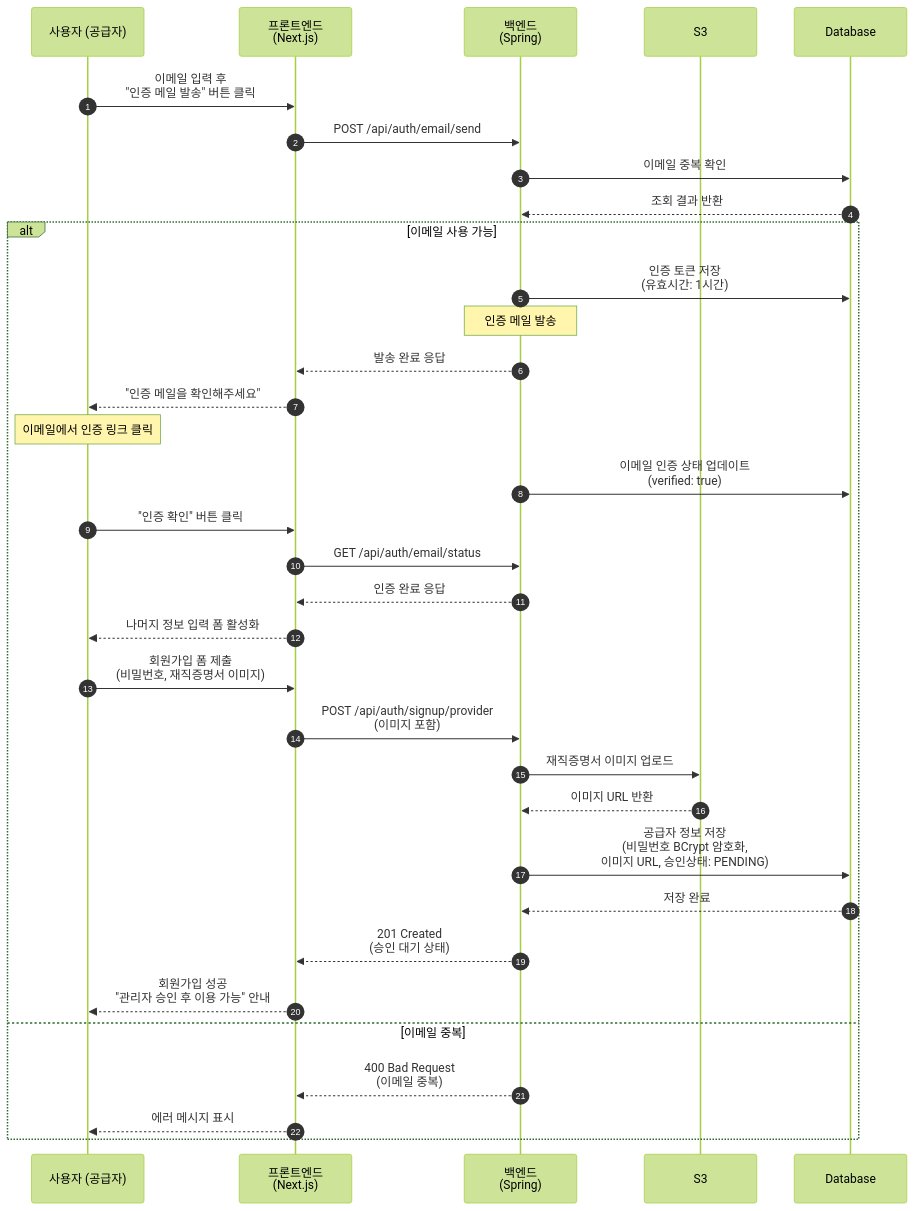
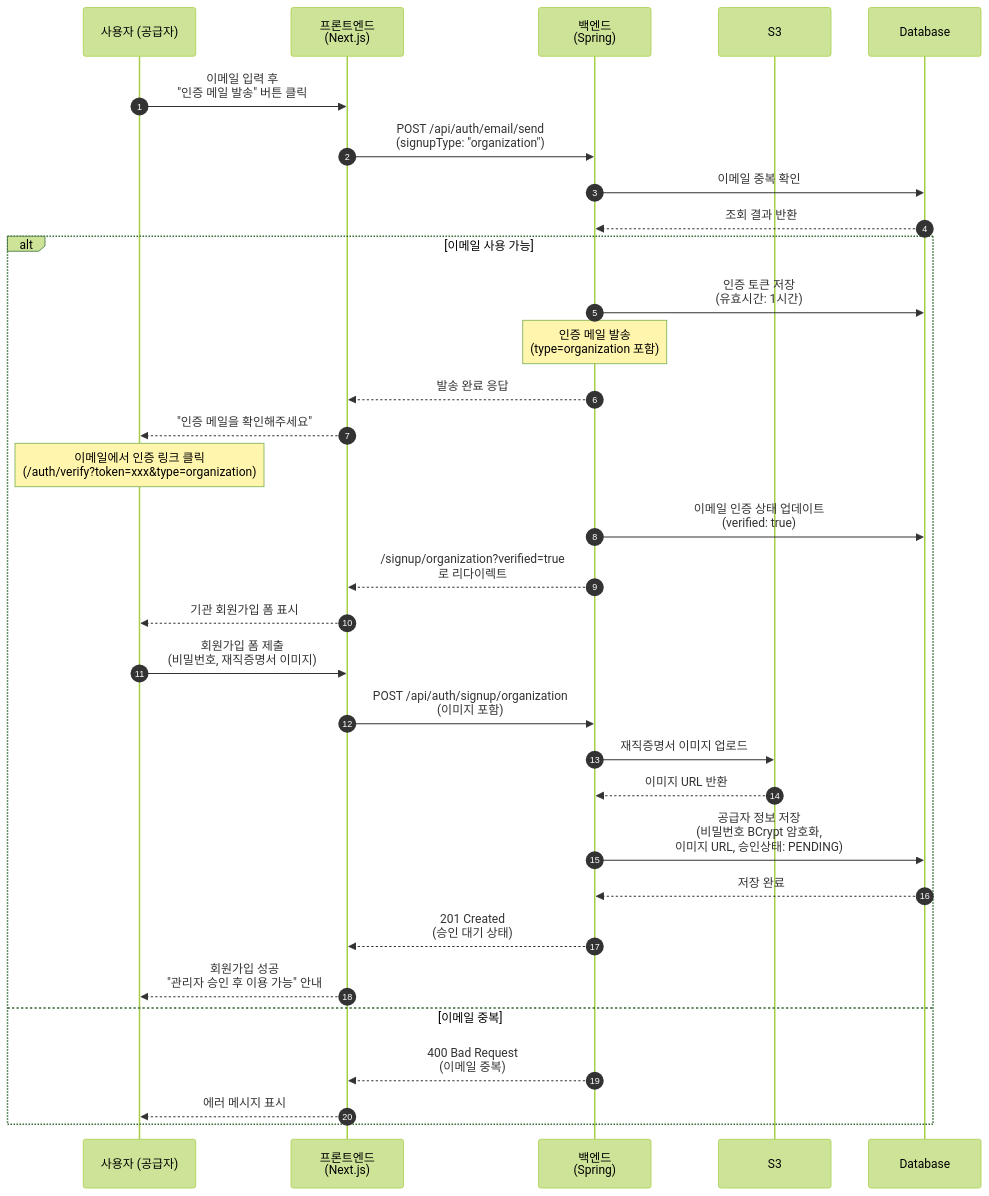
One commit to sw-campus/sw-campus-docs changed the third of 7 diagrams in sequence/auth/signup_login_diagram.md. Above: the diagram before and after it, drawn with Mermaid (forest theme). The commit also changed other lines of this file and 3 other files, not shown here.

````diff
--- a/sequence/auth/signup_login_diagram.md
+++ b/sequence/auth/signup_login_diagram.md
@@ -88,42 +85,39 @@
 ```mermaid
 sequenceDiagram
     autonumber
     participant User as 사용자 (공급자)
     participant Frontend as 프론트엔드<br/>(Next.js)
     participant Backend as 백엔드<br/>(Spring)
     participant S3 as S3
     participant DB as Database
 
     User->>Frontend: 이메일 입력 후<br/>"인증 메일 발송" 버튼 클릭
-    Frontend->>Backend: POST /api/auth/email/send
+    Frontend->>Backend: POST /api/auth/email/send<br/>(signupType: "organization")
     Backend->>DB: 이메일 중복 확인
     DB-->>Backend: 조회 결과 반환
 
     alt 이메일 사용 가능
         Backend->>DB: 인증 토큰 저장<br/>(유효시간: 1시간)
-        Note over Backend: 인증 메일 발송
+        Note over Backend: 인증 메일 발송<br/>(type=organization 포함)
         Backend-->>Frontend: 발송 완료 응답
         Frontend-->>User: "인증 메일을 확인해주세요"
 
-        Note over User: 이메일에서 인증 링크 클릭
+        Note over User: 이메일에서 인증 링크 클릭<br/>(/auth/verify?token=xxx&type=organization)
         Backend->>DB: 이메일 인증 상태 업데이트<br/>(verified: true)
+        Backend-->>Frontend: /signup/organization?verified=true<br/>로 리다이렉트
         
-        User->>Frontend: "인증 확인" 버튼 클릭
-        Frontend->>Backend: GET /api/auth/email/status
-        Backend-->>Frontend: 인증 완료 응답
-        
-        Frontend-->>User: 나머지 정보 입력 폼 활성화
+        Frontend-->>User: 기관 회원가입 폼 표시
         User->>Frontend: 회원가입 폼 제출<br/>(비밀번호, 재직증명서 이미지)
-        Frontend->>Backend: POST /api/auth/signup/provider<br/>(이미지 포함)
+        Frontend->>Backend: POST /api/auth/signup/organization<br/>(이미지 포함)
         Backend->>S3: 재직증명서 이미지 업로드
         S3-->>Backend: 이미지 URL 반환
         Backend->>DB: 공급자 정보 저장<br/>(비밀번호 BCrypt 암호화,<br/>이미지 URL, 승인상태: PENDING)
         DB-->>Backend: 저장 완료
         Backend-->>Frontend: 201 Created<br/>(승인 대기 상태)
         Frontend-->>User: 회원가입 성공<br/>"관리자 승인 후 이용 가능" 안내
 
     else 이메일 중복
         Backend-->>Frontend: 400 Bad Request<br/>(이메일 중복)
         Frontend-->>User: 에러 메시지 표시
     end
 ```
````
